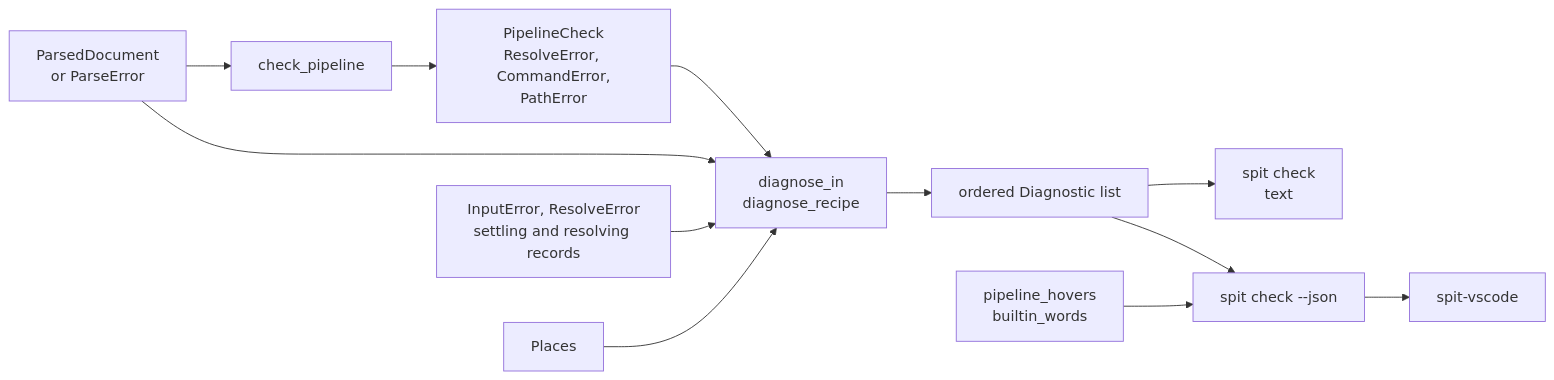
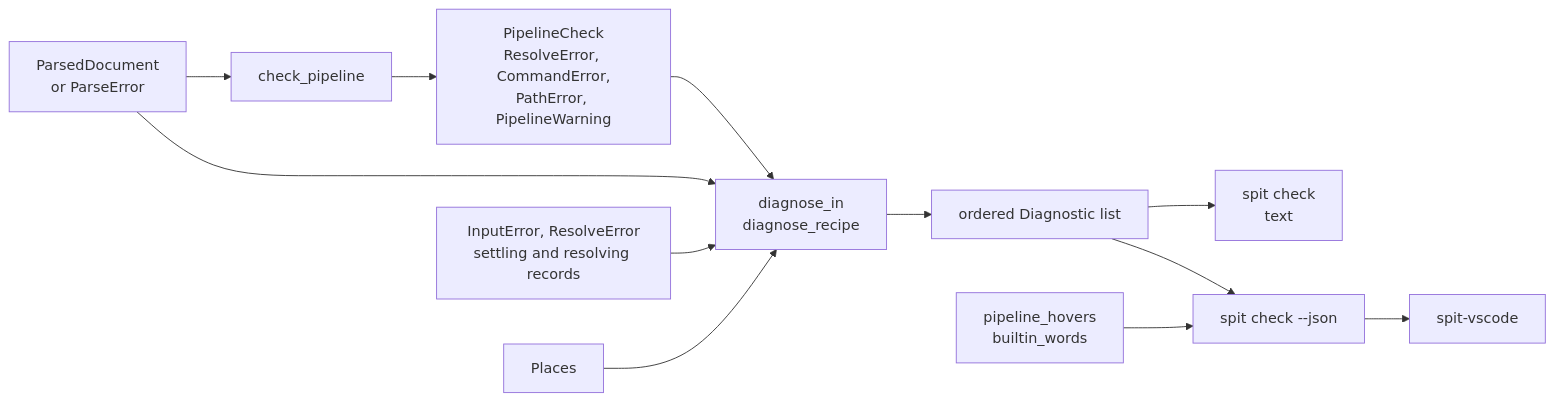
Before and after one commit to eclnz/spit: the diagram in docs/architecture/diagnostics.md, drawn with Mermaid. The commit also changed other lines of this file and 4 other files, not shown here.

First line of the commit message:
Give pipeline warnings as typed data from check_pipeline, as errors are

````diff
--- a/docs/architecture/diagnostics.md
+++ b/docs/architecture/diagnostics.md
@@ -5,14 +5,14 @@
 ```mermaid
 flowchart LR
     parse["ParsedDocument<br/>or ParseError"] --> check["check_pipeline"]
-    check --> report["PipelineCheck<br/>ResolveError, CommandError,<br/>PathError"]
+    check --> report["PipelineCheck<br/>ResolveError, CommandError,<br/>PathError, PipelineWarning"]
     report --> diagnose["diagnose_in<br/>diagnose_recipe"]
     parse --> diagnose
     records["InputError, ResolveError<br/>settling and resolving records"] --> diagnose
     places["Places"] --> diagnose
     diagnose --> list["ordered Diagnostic list"]
     list --> text["spit check<br/>text"]
     list --> json["spit check --json"]
     hovers["pipeline_hovers<br/>builtin_words"] --> json
     json --> editor["spit-vscode"]
 ```
````
